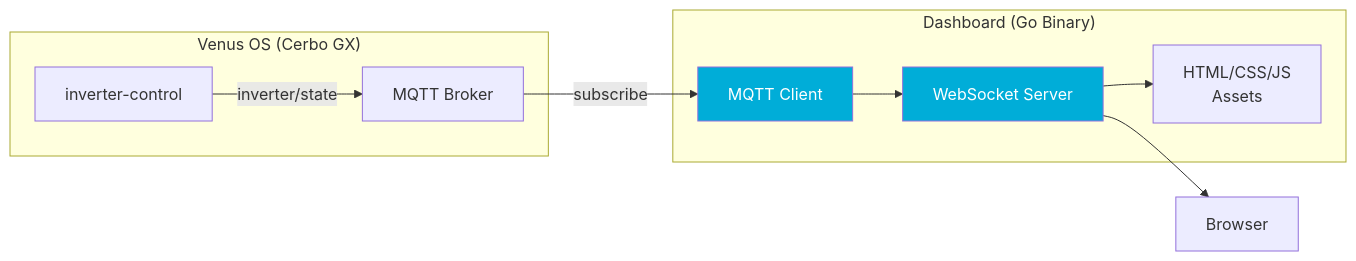
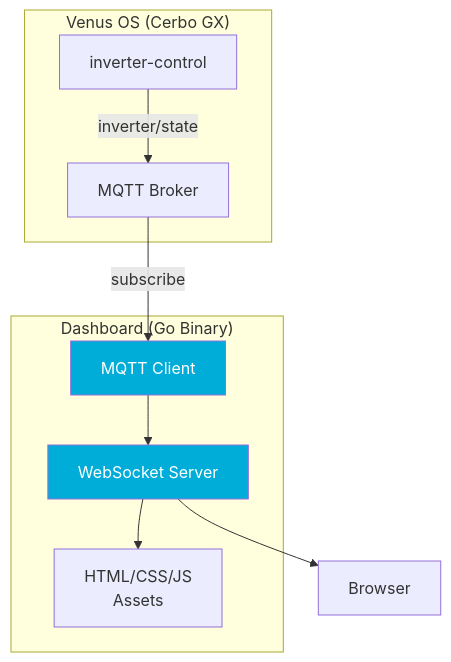
The diagram in README.md (victron-venus/inverter-dashboard-go), drawn with Mermaid before and after one commit.

Commit message:
docs(readme): make mermaid architecture diagram vertical
flowchart LR -> TD so the diagram renders narrow instead of
stretched horizontally at small zoom.

````diff
--- a/README.md
+++ b/README.md
@@ -42,21 +42,21 @@
 ```mermaid
-flowchart LR
+flowchart TD
     subgraph Venus["Venus OS (Cerbo GX)"]
         INV["inverter-control"]
         MQTT["MQTT Broker"]
     end
 
     subgraph Dashboard["Dashboard (Go Binary)"]
         MQTT_SUB["MQTT Client"]
         WS["WebSocket Server"]
         WS --> UI["HTML/CSS/JS\nAssets"]
     end
 
     INV -->|"inverter/state"| MQTT
     MQTT -->|"subscribe"| MQTT_SUB
     MQTT_SUB --> WS
     WS --> BROWSER["Browser"]
 
     style MQTT_SUB fill:#00ADD8,color:#fff
     style WS fill:#00ADD8,color:#fff
 ```
````
